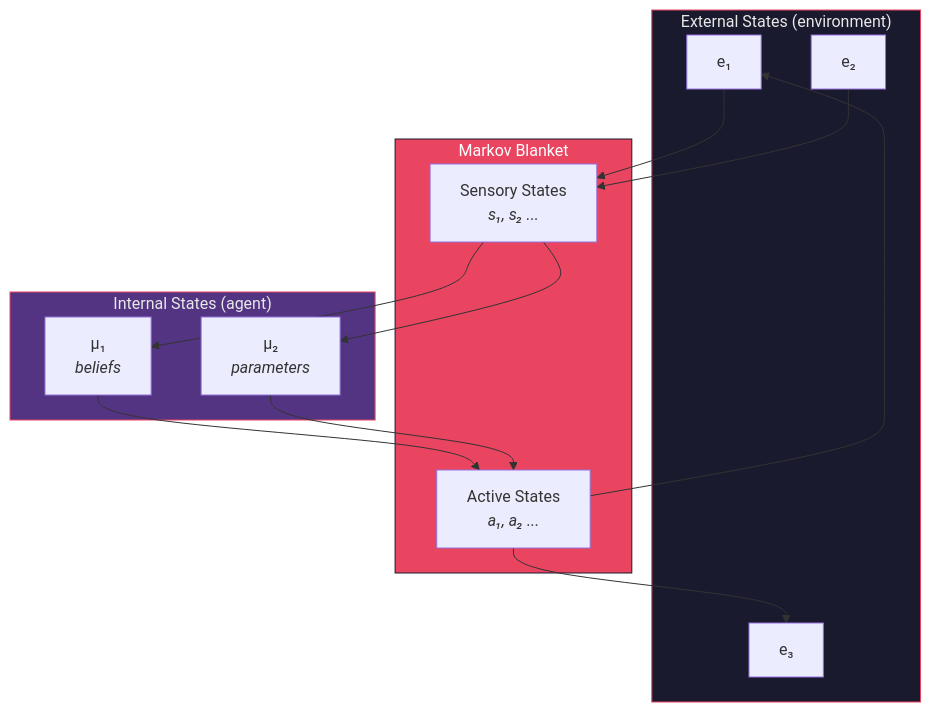
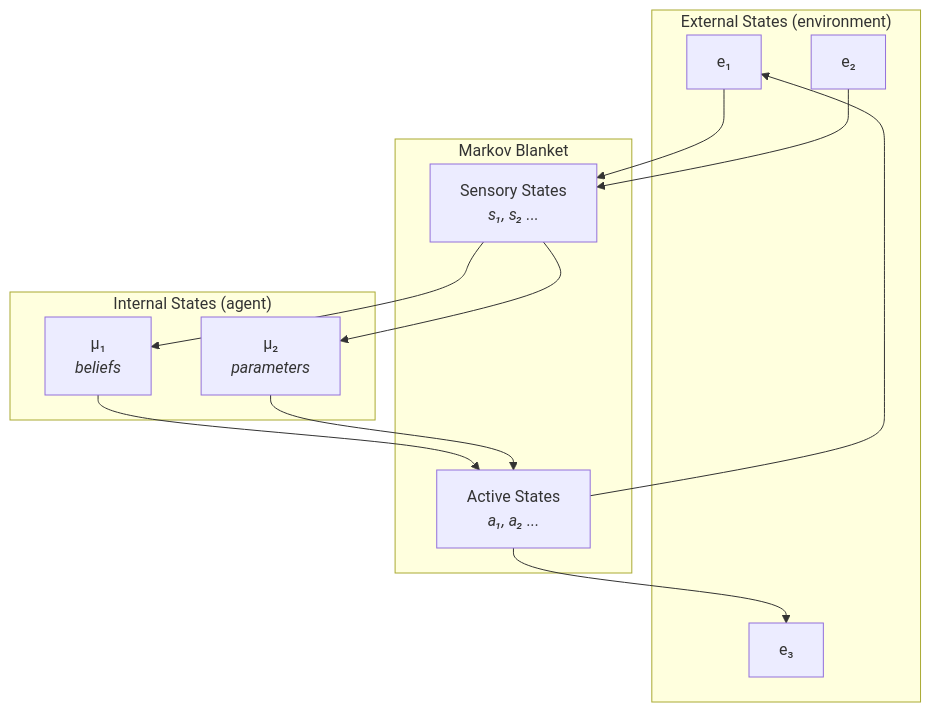
One commit to docxology/codomyrmex changed the second of 2 diagrams in docs/bio/free_energy.md. Above: the diagram before and after it, drawn with Mermaid. The commit also changed other lines of this file and 86 other files, not shown here.

````diff
--- a/docs/bio/free_energy.md
+++ b/docs/bio/free_energy.md
@@ -54,31 +51,27 @@
 ```mermaid
 graph TB
     subgraph EXTERNAL["External States (environment)"]
         E1["e₁"] 
         E2["e₂"]
         E3["e₃"]
     end
 
     subgraph BLANKET["Markov Blanket"]
         SENSORY["Sensory States<br/><i>s₁, s₂ ...</i>"]
         ACTIVE["Active States<br/><i>a₁, a₂ ...</i>"]
     end
 
     subgraph INTERNAL["Internal States (agent)"]
         I1["μ₁<br/><i>beliefs</i>"]
         I2["μ₂<br/><i>parameters</i>"]
     end
 
     E1 --> SENSORY
     E2 --> SENSORY
     SENSORY --> I1
     SENSORY --> I2
     I1 --> ACTIVE
     I2 --> ACTIVE
     ACTIVE --> E1
     ACTIVE --> E3
-
-    style EXTERNAL fill:#1a1a2e,stroke:#e94560,color:#e8e8e8
-    style BLANKET fill:#e94560,stroke:#1a1a2e,color:#fff
-    style INTERNAL fill:#533483,stroke:#e94560,color:#e8e8e8
 ```
````
